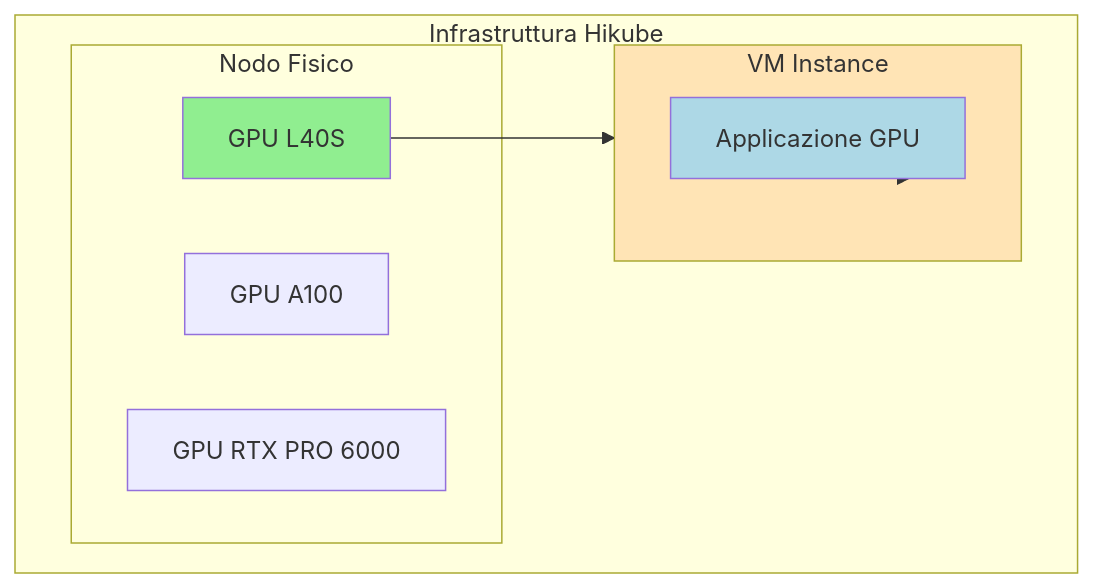
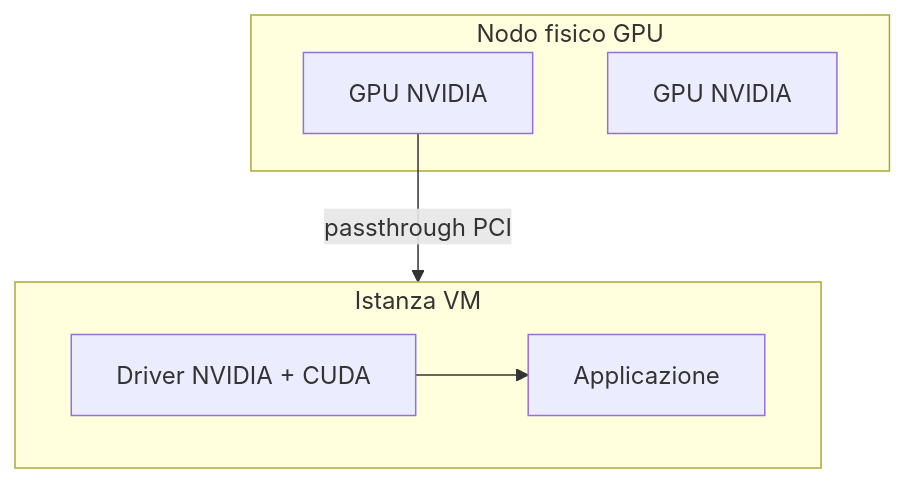
Before and after one commit to HidoraSwiss/hikube-public-doc: the first of 2 diagrams in i18n/it/docusaurus-plugin-content-docs/current/services/gpu/overview.md, drawn with Mermaid. The commit also changed other lines of this file and 148 other files, not shown here.

````diff
--- a/i18n/it/docusaurus-plugin-content-docs/current/services/gpu/overview.md
+++ b/i18n/it/docusaurus-plugin-content-docs/current/services/gpu/overview.md
@@ -71,21 +59,15 @@
 ```mermaid
 flowchart TD
-    subgraph HIKUBE["Infrastruttura Hikube"]
-        subgraph NODE["Nodo Fisico"]
-            GPU1["GPU L40S"]
-            GPU2["GPU A100"]
-            GPU3["GPU RTX PRO 6000"]
-        end
-        
-        subgraph VM1["VM Instance"]
-            APP1["Applicazione GPU"]
-        end
+    subgraph NODE["Nodo fisico GPU"]
+        GPU1["GPU NVIDIA"]
+        GPU2["GPU NVIDIA"]
     end
-    
-    GPU1 --> VM1
-    VM1 --> APP1
-    
-    style GPU1 fill:#90EE90
-    style VM1 fill:#FFE4B5
-    style APP1 fill:#ADD8E6
+
+    subgraph VM1["Istanza VM"]
+        DRV["Driver NVIDIA + CUDA"]
+        APP1["Applicazione"]
+    end
+
+    GPU1 -->|passthrough PCI| VM1
+    DRV --> APP1
 ```
````
